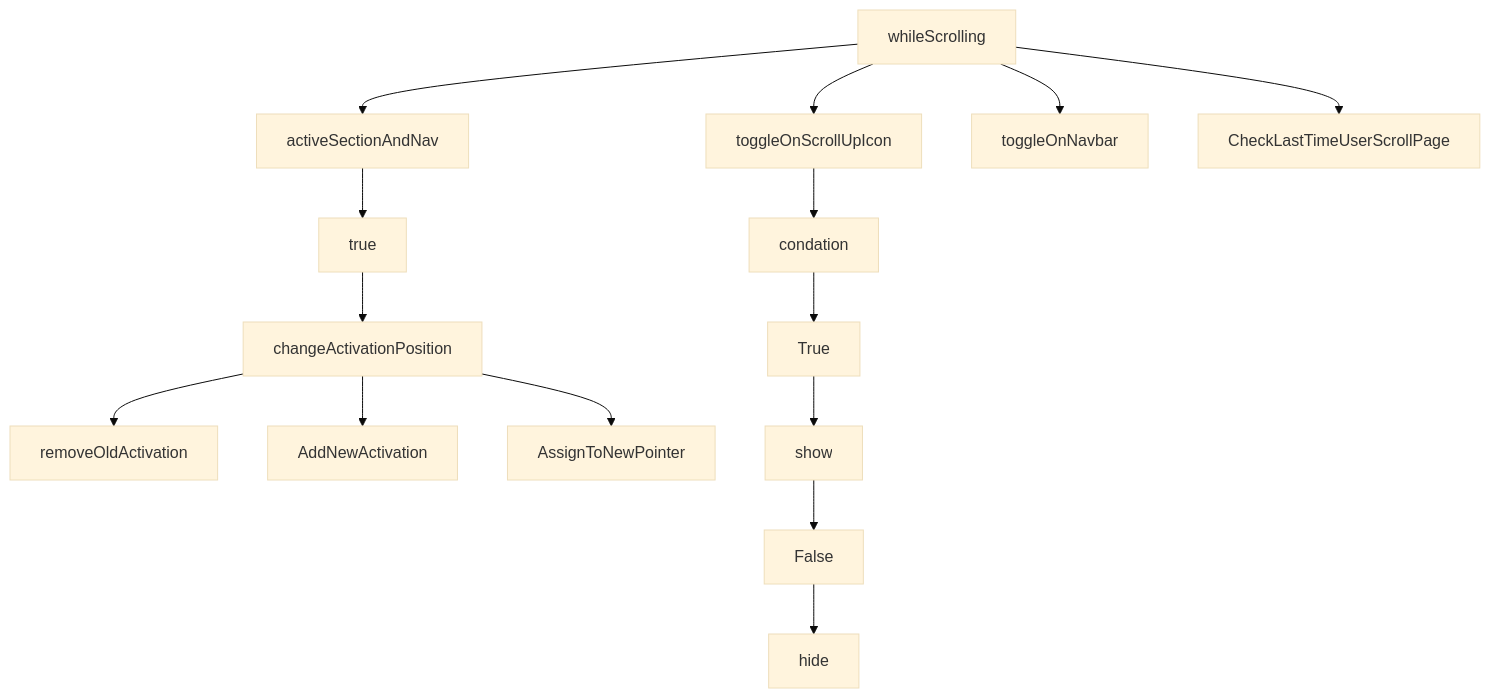
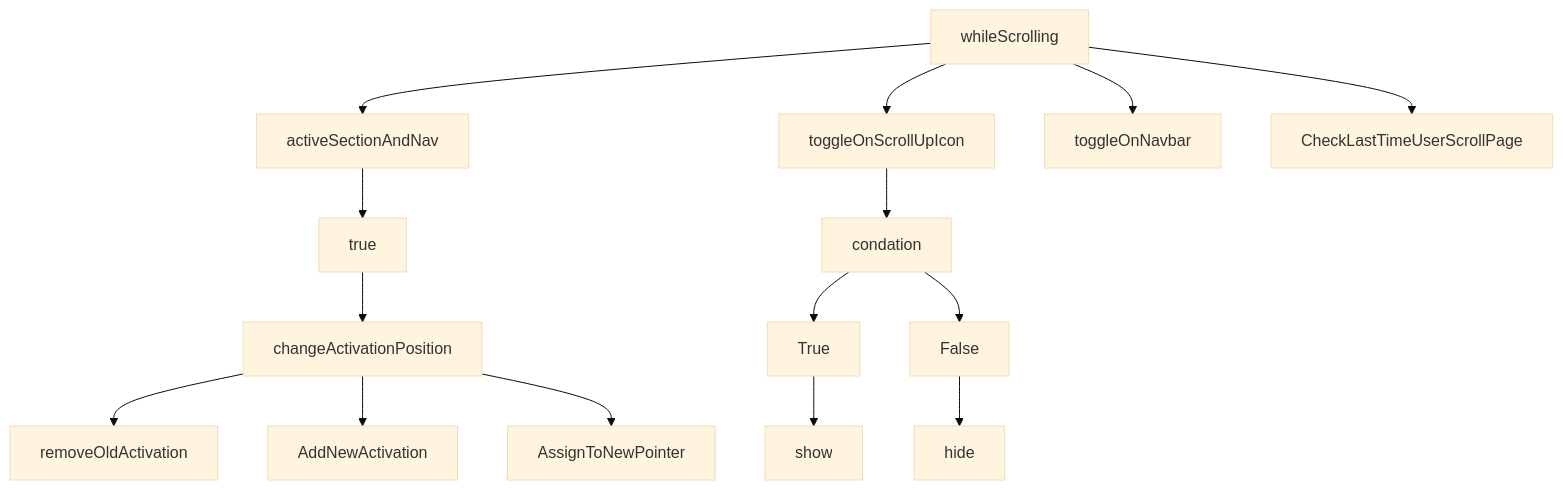
One commit to Ftohtarek/Udacity-Project changed the third of 3 diagrams in Quiz/README.MD. Above: the diagram before and after it, drawn with Mermaid (base theme).

Commit message:
Basic writing and formatting syntax

````diff
--- a/Quiz/README.MD
+++ b/Quiz/README.MD
@@ -76,14 +76,12 @@
 ```mermaid
 graph TD;
     whileScrolling-->activeSectionAndNav-->true-->changeActivationPosition;
     whileScrolling-->toggleOnScrollUpIcon;
     whileScrolling-->toggleOnNavbar;
     whileScrolling-->CheckLastTimeUserScrollPage;
     changeActivationPosition-->removeOldActivation;
     changeActivationPosition-->AddNewActivation;
     changeActivationPosition-->AssignToNewPointer;
-    toggleOnScrollUpIcon-->condation-->True
-                                        -->show
-                                    -->False
-                                        -->hide
+    toggleOnScrollUpIcon-->condation-->True-->show;
+    condation-->False-->hide;
 ```
````
